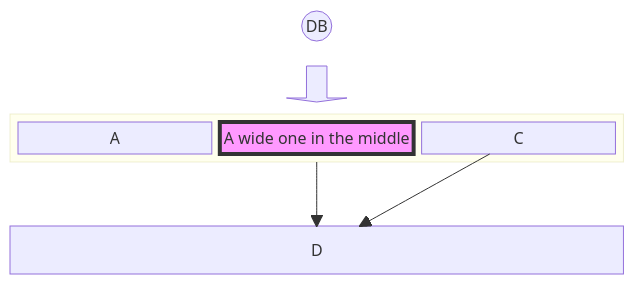
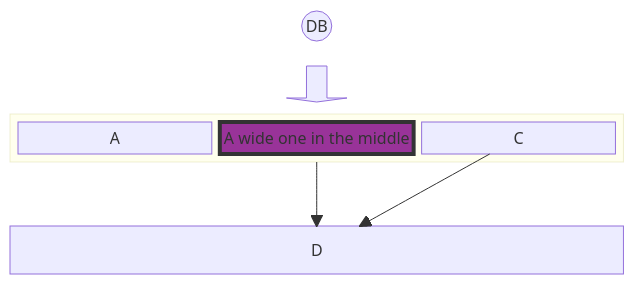
Diagram 23 of 29 in docs/syntax/block.md (mermaid-js/mermaid), drawn with Mermaid before and after one commit. The commit also changed other lines of this file and 8 other files, not shown here.

````diff
--- a/docs/syntax/block.md
+++ b/docs/syntax/block.md
@@ -482,16 +514,16 @@
 ```mermaid
 block-beta
 columns 1
   db(("DB"))
   blockArrowId6<["&nbsp;&nbsp;&nbsp;"]>(down)
   block:ID
     A
     B["A wide one in the middle"]
     C
   end
   space
   D
   ID --> D
   C --> D
-  style B fill:#f9F,stroke:#333,stroke-width:4px
+  style B fill:#939,stroke:#333,stroke-width:4px
 ```
````
